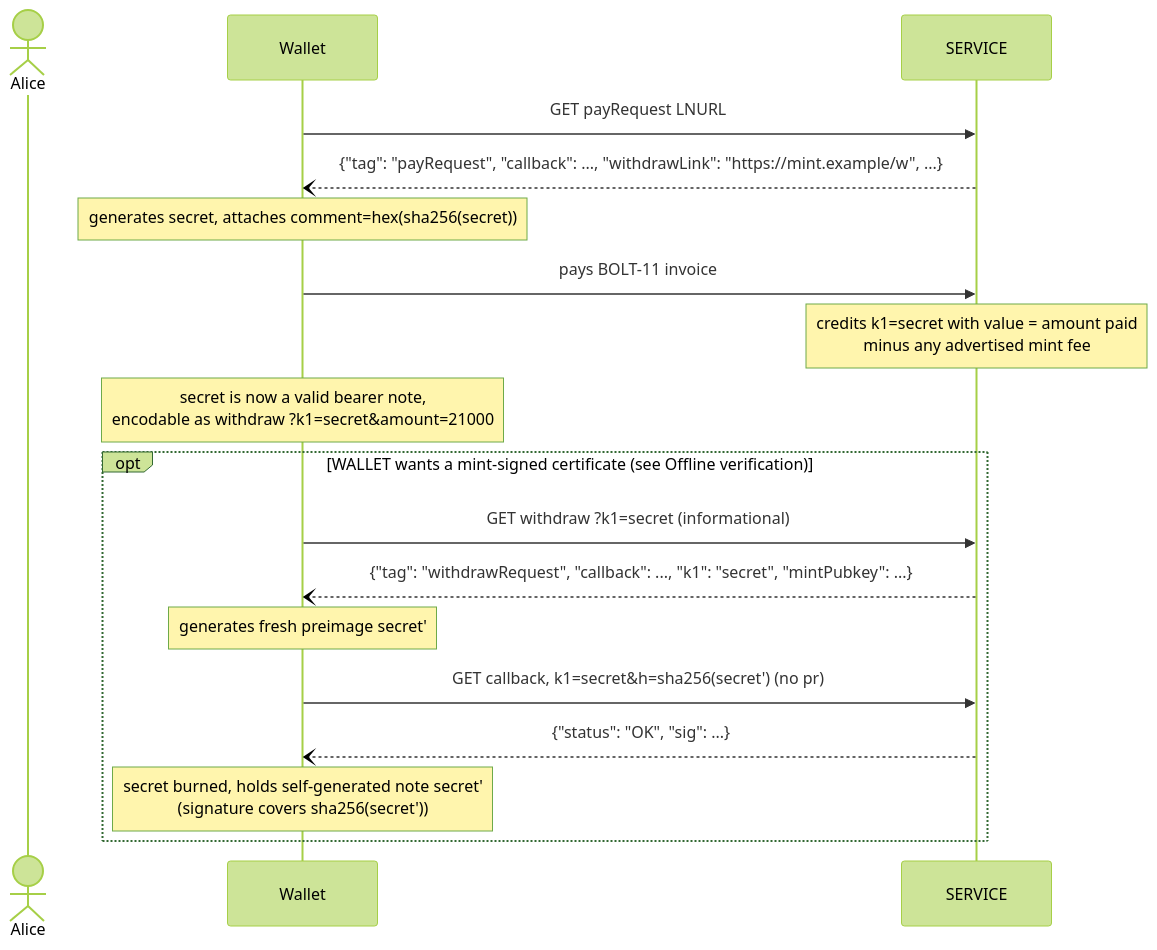
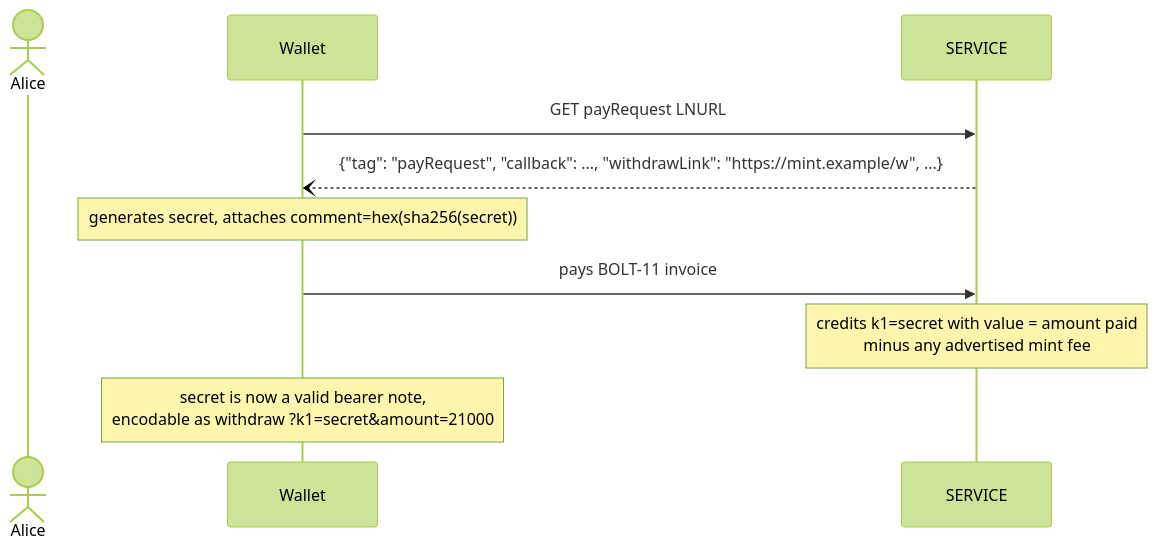
Before and after one commit to lnurl/luds: the first of 3 diagrams in 25.md, drawn with Mermaid (forest theme). The commit also changed other lines of this file, not shown here.

````diff
--- a/25.md
+++ b/25.md
@@ -39,20 +45,12 @@
 ```mermaid
 sequenceDiagram
     actor Alice
     participant Wallet
     participant SERVICE
     Wallet->>SERVICE: GET payRequest LNURL
     SERVICE--)Wallet: {"tag": "payRequest", "callback": ..., "withdrawLink": "https://mint.example/w", ...}
     Note over Wallet: generates secret, attaches comment=hex(sha256(secret))
     Wallet->>SERVICE: pays BOLT-11 invoice
     Note over SERVICE: credits k1=secret with value = amount paid<br/>minus any advertised mint fee
     Note over Wallet: secret is now a valid bearer note,<br/>encodable as withdraw ?k1=secret&amount=21000
-    opt WALLET wants a mint-signed certificate (see Offline verification)
-        Wallet->>SERVICE: GET withdraw ?k1=secret (informational)
-        SERVICE--)Wallet: {"tag": "withdrawRequest", "callback": ..., "k1": "secret", "mintPubkey": ...}
-        Note over Wallet: generates fresh preimage secret'
-        Wallet->>SERVICE: GET callback, k1=secret&h=sha256(secret') (no pr)
-        SERVICE--)Wallet: {"status": "OK", "sig": ...}
-        Note over Wallet: secret burned, holds self-generated note secret'<br/>(signature covers sha256(secret'))
-    end
 ```
````
